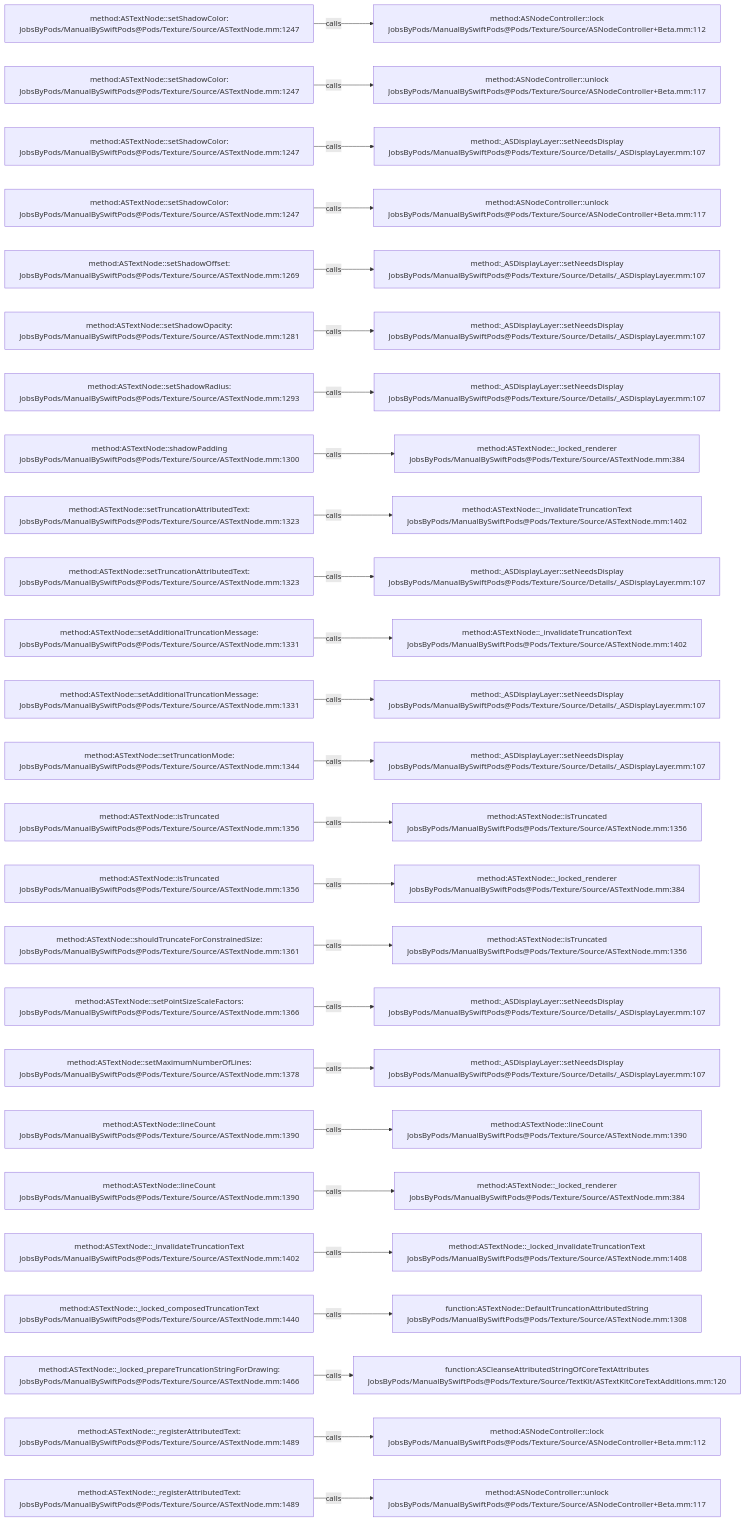
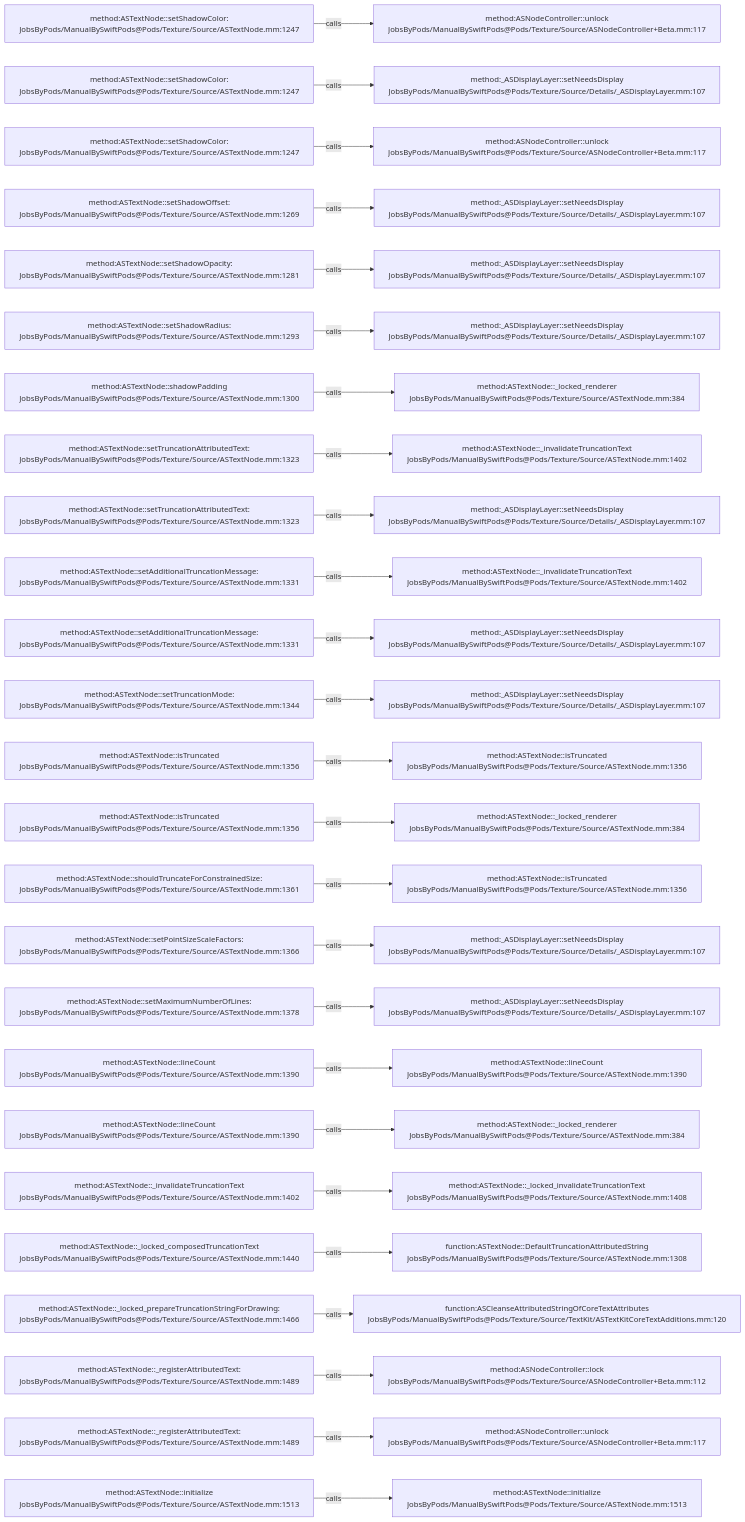
Before and after one commit to JobsKits/JobsSwiftBaseConfigDemo: the diagram in .codegraph/codegraph.md/graphs/calls-069.md, drawn with Mermaid. The commit also changed 747 other files, not shown here.

````diff
--- a/.codegraph/codegraph.md/graphs/calls-069.md
+++ b/.codegraph/codegraph.md/graphs/calls-069.md
@@ -13,78 +13,78 @@
 ```mermaid
 flowchart LR
   S1["method:ASTextNode::setShadowColor:<br/>JobsByPods/ManualBySwiftPods@Pods/Texture/Source/ASTextNode.mm:1247"]
-  T1["method:ASNodeController::lock<br/>JobsByPods/ManualBySwiftPods@Pods/Texture/Source/ASNodeController+Beta.mm:112"]
+  T1["method:ASNodeController::unlock<br/>JobsByPods/ManualBySwiftPods@Pods/Texture/Source/ASNodeController+Beta.mm:117"]
   S1 -->|calls| T1
   S2["method:ASTextNode::setShadowColor:<br/>JobsByPods/ManualBySwiftPods@Pods/Texture/Source/ASTextNode.mm:1247"]
-  T2["method:ASNodeController::unlock<br/>JobsByPods/ManualBySwiftPods@Pods/Texture/Source/ASNodeController+Beta.mm:117"]
+  T2["method:_ASDisplayLayer::setNeedsDisplay<br/>JobsByPods/ManualBySwiftPods@Pods/Texture/Source/Details/_ASDisplayLayer.mm:107"]
   S2 -->|calls| T2
   S3["method:ASTextNode::setShadowColor:<br/>JobsByPods/ManualBySwiftPods@Pods/Texture/Source/ASTextNode.mm:1247"]
-  T3["method:_ASDisplayLayer::setNeedsDisplay<br/>JobsByPods/ManualBySwiftPods@Pods/Texture/Source/Details/_ASDisplayLayer.mm:107"]
+  T3["method:ASNodeController::unlock<br/>JobsByPods/ManualBySwiftPods@Pods/Texture/Source/ASNodeController+Beta.mm:117"]
   S3 -->|calls| T3
-  S4["method:ASTextNode::setShadowColor:<br/>JobsByPods/ManualBySwiftPods@Pods/Texture/Source/ASTextNode.mm:1247"]
-  T4["method:ASNodeController::unlock<br/>JobsByPods/ManualBySwiftPods@Pods/Texture/Source/ASNodeController+Beta.mm:117"]
+  S4["method:ASTextNode::setShadowOffset:<br/>JobsByPods/ManualBySwiftPods@Pods/Texture/Source/ASTextNode.mm:1269"]
+  T4["method:_ASDisplayLayer::setNeedsDisplay<br/>JobsByPods/ManualBySwiftPods@Pods/Texture/Source/Details/_ASDisplayLayer.mm:107"]
   S4 -->|calls| T4
-  S5["method:ASTextNode::setShadowOffset:<br/>JobsByPods/ManualBySwiftPods@Pods/Texture/Source/ASTextNode.mm:1269"]
+  S5["method:ASTextNode::setShadowOpacity:<br/>JobsByPods/ManualBySwiftPods@Pods/Texture/Source/ASTextNode.mm:1281"]
   T5["method:_ASDisplayLayer::setNeedsDisplay<br/>JobsByPods/ManualBySwiftPods@Pods/Texture/Source/Details/_ASDisplayLayer.mm:107"]
   S5 -->|calls| T5
-  S6["method:ASTextNode::setShadowOpacity:<br/>JobsByPods/ManualBySwiftPods@Pods/Texture/Source/ASTextNode.mm:1281"]
+  S6["method:ASTextNode::setShadowRadius:<br/>JobsByPods/ManualBySwiftPods@Pods/Texture/Source/ASTextNode.mm:1293"]
   T6["method:_ASDisplayLayer::setNeedsDisplay<br/>JobsByPods/ManualBySwiftPods@Pods/Texture/Source/Details/_ASDisplayLayer.mm:107"]
   S6 -->|calls| T6
-  S7["method:ASTextNode::setShadowRadius:<br/>JobsByPods/ManualBySwiftPods@Pods/Texture/Source/ASTextNode.mm:1293"]
-  T7["method:_ASDisplayLayer::setNeedsDisplay<br/>JobsByPods/ManualBySwiftPods@Pods/Texture/Source/Details/_ASDisplayLayer.mm:107"]
+  S7["method:ASTextNode::shadowPadding<br/>JobsByPods/ManualBySwiftPods@Pods/Texture/Source/ASTextNode.mm:1300"]
+  T7["method:ASTextNode::_locked_renderer<br/>JobsByPods/ManualBySwiftPods@Pods/Texture/Source/ASTextNode.mm:384"]
   S7 -->|calls| T7
-  S8["method:ASTextNode::shadowPadding<br/>JobsByPods/ManualBySwiftPods@Pods/Texture/Source/ASTextNode.mm:1300"]
-  T8["method:ASTextNode::_locked_renderer<br/>JobsByPods/ManualBySwiftPods@Pods/Texture/Source/ASTextNode.mm:384"]
+  S8["method:ASTextNode::setTruncationAttributedText:<br/>JobsByPods/ManualBySwiftPods@Pods/Texture/Source/ASTextNode.mm:1323"]
+  T8["method:ASTextNode::_invalidateTruncationText<br/>JobsByPods/ManualBySwiftPods@Pods/Texture/Source/ASTextNode.mm:1402"]
   S8 -->|calls| T8
   S9["method:ASTextNode::setTruncationAttributedText:<br/>JobsByPods/ManualBySwiftPods@Pods/Texture/Source/ASTextNode.mm:1323"]
-  T9["method:ASTextNode::_invalidateTruncationText<br/>JobsByPods/ManualBySwiftPods@Pods/Texture/Source/ASTextNode.mm:1402"]
+  T9["method:_ASDisplayLayer::setNeedsDisplay<br/>JobsByPods/ManualBySwiftPods@Pods/Texture/Source/Details/_ASDisplayLayer.mm:107"]
   S9 -->|calls| T9
-  S10["method:ASTextNode::setTruncationAttributedText:<br/>JobsByPods/ManualBySwiftPods@Pods/Texture/Source/ASTextNode.mm:1323"]
-  T10["method:_ASDisplayLayer::setNeedsDisplay<br/>JobsByPods/ManualBySwiftPods@Pods/Texture/Source/Details/_ASDisplayLayer.mm:107"]
+  S10["method:ASTextNode::setAdditionalTruncationMessage:<br/>JobsByPods/ManualBySwiftPods@Pods/Texture/Source/ASTextNode.mm:1331"]
+  T10["method:ASTextNode::_invalidateTruncationText<br/>JobsByPods/ManualBySwiftPods@Pods/Texture/Source/ASTextNode.mm:1402"]
   S10 -->|calls| T10
   S11["method:ASTextNode::setAdditionalTruncationMessage:<br/>JobsByPods/ManualBySwiftPods@Pods/Texture/Source/ASTextNode.mm:1331"]
-  T11["method:ASTextNode::_invalidateTruncationText<br/>JobsByPods/ManualBySwiftPods@Pods/Texture/Source/ASTextNode.mm:1402"]
+  T11["method:_ASDisplayLayer::setNeedsDisplay<br/>JobsByPods/ManualBySwiftPods@Pods/Texture/Source/Details/_ASDisplayLayer.mm:107"]
   S11 -->|calls| T11
-  S12["method:ASTextNode::setAdditionalTruncationMessage:<br/>JobsByPods/ManualBySwiftPods@Pods/Texture/Source/ASTextNode.mm:1331"]
+  S12["method:ASTextNode::setTruncationMode:<br/>JobsByPods/ManualBySwiftPods@Pods/Texture/Source/ASTextNode.mm:1344"]
   T12["method:_ASDisplayLayer::setNeedsDisplay<br/>JobsByPods/ManualBySwiftPods@Pods/Texture/Source/Details/_ASDisplayLayer.mm:107"]
   S12 -->|calls| T12
-  S13["method:ASTextNode::setTruncationMode:<br/>JobsByPods/ManualBySwiftPods@Pods/Texture/Source/ASTextNode.mm:1344"]
-  T13["method:_ASDisplayLayer::setNeedsDisplay<br/>JobsByPods/ManualBySwiftPods@Pods/Texture/Source/Details/_ASDisplayLayer.mm:107"]
+  S13["method:ASTextNode::isTruncated<br/>JobsByPods/ManualBySwiftPods@Pods/Texture/Source/ASTextNode.mm:1356"]
+  T13["method:ASTextNode::isTruncated<br/>JobsByPods/ManualBySwiftPods@Pods/Texture/Source/ASTextNode.mm:1356"]
   S13 -->|calls| T13
   S14["method:ASTextNode::isTruncated<br/>JobsByPods/ManualBySwiftPods@Pods/Texture/Source/ASTextNode.mm:1356"]
-  T14["method:ASTextNode::isTruncated<br/>JobsByPods/ManualBySwiftPods@Pods/Texture/Source/ASTextNode.mm:1356"]
+  T14["method:ASTextNode::_locked_renderer<br/>JobsByPods/ManualBySwiftPods@Pods/Texture/Source/ASTextNode.mm:384"]
   S14 -->|calls| T14
-  S15["method:ASTextNode::isTruncated<br/>JobsByPods/ManualBySwiftPods@Pods/Texture/Source/ASTextNode.mm:1356"]
-  T15["method:ASTextNode::_locked_renderer<br/>JobsByPods/ManualBySwiftPods@Pods/Texture/Source/ASTextNode.mm:384"]
+  S15["method:ASTextNode::shouldTruncateForConstrainedSize:<br/>JobsByPods/ManualBySwiftPods@Pods/Texture/Source/ASTextNode.mm:1361"]
+  T15["method:ASTextNode::isTruncated<br/>JobsByPods/ManualBySwiftPods@Pods/Texture/Source/ASTextNode.mm:1356"]
   S15 -->|calls| T15
-  S16["method:ASTextNode::shouldTruncateForConstrainedSize:<br/>JobsByPods/ManualBySwiftPods@Pods/Texture/Source/ASTextNode.mm:1361"]
-  T16["method:ASTextNode::isTruncated<br/>JobsByPods/ManualBySwiftPods@Pods/Texture/Source/ASTextNode.mm:1356"]
+  S16["method:ASTextNode::setPointSizeScaleFactors:<br/>JobsByPods/ManualBySwiftPods@Pods/Texture/Source/ASTextNode.mm:1366"]
+  T16["method:_ASDisplayLayer::setNeedsDisplay<br/>JobsByPods/ManualBySwiftPods@Pods/Texture/Source/Details/_ASDisplayLayer.mm:107"]
   S16 -->|calls| T16
-  S17["method:ASTextNode::setPointSizeScaleFactors:<br/>JobsByPods/ManualBySwiftPods@Pods/Texture/Source/ASTextNode.mm:1366"]
+  S17["method:ASTextNode::setMaximumNumberOfLines:<br/>JobsByPods/ManualBySwiftPods@Pods/Texture/Source/ASTextNode.mm:1378"]
   T17["method:_ASDisplayLayer::setNeedsDisplay<br/>JobsByPods/ManualBySwiftPods@Pods/Texture/Source/Details/_ASDisplayLayer.mm:107"]
   S17 -->|calls| T17
-  S18["method:ASTextNode::setMaximumNumberOfLines:<br/>JobsByPods/ManualBySwiftPods@Pods/Texture/Source/ASTextNode.mm:1378"]
-  T18["method:_ASDisplayLayer::setNeedsDisplay<br/>JobsByPods/ManualBySwiftPods@Pods/Texture/Source/Details/_ASDisplayLayer.mm:107"]
+  S18["method:ASTextNode::lineCount<br/>JobsByPods/ManualBySwiftPods@Pods/Texture/Source/ASTextNode.mm:1390"]
+  T18["method:ASTextNode::lineCount<br/>JobsByPods/ManualBySwiftPods@Pods/Texture/Source/ASTextNode.mm:1390"]
   S18 -->|calls| T18
   S19["method:ASTextNode::lineCount<br/>JobsByPods/ManualBySwiftPods@Pods/Texture/Source/ASTextNode.mm:1390"]
-  T19["method:ASTextNode::lineCount<br/>JobsByPods/ManualBySwiftPods@Pods/Texture/Source/ASTextNode.mm:1390"]
+  T19["method:ASTextNode::_locked_renderer<br/>JobsByPods/ManualBySwiftPods@Pods/Texture/Source/ASTextNode.mm:384"]
   S19 -->|calls| T19
-  S20["method:ASTextNode::lineCount<br/>JobsByPods/ManualBySwiftPods@Pods/Texture/Source/ASTextNode.mm:1390"]
-  T20["method:ASTextNode::_locked_renderer<br/>JobsByPods/ManualBySwiftPods@Pods/Texture/Source/ASTextNode.mm:384"]
+  S20["method:ASTextNode::_invalidateTruncationText<br/>JobsByPods/ManualBySwiftPods@Pods/Texture/Source/ASTextNode.mm:1402"]
+  T20["method:ASTextNode::_locked_invalidateTruncationText<br/>JobsByPods/ManualBySwiftPods@Pods/Texture/Source/ASTextNode.mm:1408"]
   S20 -->|calls| T20
-  S21["method:ASTextNode::_invalidateTruncationText<br/>JobsByPods/ManualBySwiftPods@Pods/Texture/Source/ASTextNode.mm:1402"]
-  T21["method:ASTextNode::_locked_invalidateTruncationText<br/>JobsByPods/ManualBySwiftPods@Pods/Texture/Source/ASTextNode.mm:1408"]
+  S21["method:ASTextNode::_locked_composedTruncationText<br/>JobsByPods/ManualBySwiftPods@Pods/Texture/Source/ASTextNode.mm:1440"]
+  T21["function:ASTextNode::DefaultTruncationAttributedString<br/>JobsByPods/ManualBySwiftPods@Pods/Texture/Source/ASTextNode.mm:1308"]
   S21 -->|calls| T21
-  S22["method:ASTextNode::_locked_composedTruncationText<br/>JobsByPods/ManualBySwiftPods@Pods/Texture/Source/ASTextNode.mm:1440"]
-  T22["function:ASTextNode::DefaultTruncationAttributedString<br/>JobsByPods/ManualBySwiftPods@Pods/Texture/Source/ASTextNode.mm:1308"]
+  S22["method:ASTextNode::_locked_prepareTruncationStringForDrawing:<br/>JobsByPods/ManualBySwiftPods@Pods/Texture/Source/ASTextNode.mm:1466"]
+  T22["function:ASCleanseAttributedStringOfCoreTextAttributes<br/>JobsByPods/ManualBySwiftPods@Pods/Texture/Source/TextKit/ASTextKitCoreTextAdditions.mm:120"]
   S22 -->|calls| T22
-  S23["method:ASTextNode::_locked_prepareTruncationStringForDrawing:<br/>JobsByPods/ManualBySwiftPods@Pods/Texture/Source/ASTextNode.mm:1466"]
-  T23["function:ASCleanseAttributedStringOfCoreTextAttributes<br/>JobsByPods/ManualBySwiftPods@Pods/Texture/Source/TextKit/ASTextKitCoreTextAdditions.mm:120"]
+  S23["method:ASTextNode::_registerAttributedText:<br/>JobsByPods/ManualBySwiftPods@Pods/Texture/Source/ASTextNode.mm:1489"]
+  T23["method:ASNodeController::lock<br/>JobsByPods/ManualBySwiftPods@Pods/Texture/Source/ASNodeController+Beta.mm:112"]
   S23 -->|calls| T23
   S24["method:ASTextNode::_registerAttributedText:<br/>JobsByPods/ManualBySwiftPods@Pods/Texture/Source/ASTextNode.mm:1489"]
-  T24["method:ASNodeController::lock<br/>JobsByPods/ManualBySwiftPods@Pods/Texture/Source/ASNodeController+Beta.mm:112"]
+  T24["method:ASNodeController::unlock<br/>JobsByPods/ManualBySwiftPods@Pods/Texture/Source/ASNodeController+Beta.mm:117"]
   S24 -->|calls| T24
-  S25["method:ASTextNode::_registerAttributedText:<br/>JobsByPods/ManualBySwiftPods@Pods/Texture/Source/ASTextNode.mm:1489"]
-  T25["method:ASNodeController::unlock<br/>JobsByPods/ManualBySwiftPods@Pods/Texture/Source/ASNodeController+Beta.mm:117"]
+  S25["method:ASTextNode::initialize<br/>JobsByPods/ManualBySwiftPods@Pods/Texture/Source/ASTextNode.mm:1513"]
+  T25["method:ASTextNode::initialize<br/>JobsByPods/ManualBySwiftPods@Pods/Texture/Source/ASTextNode.mm:1513"]
   S25 -->|calls| T25
 ```
````
